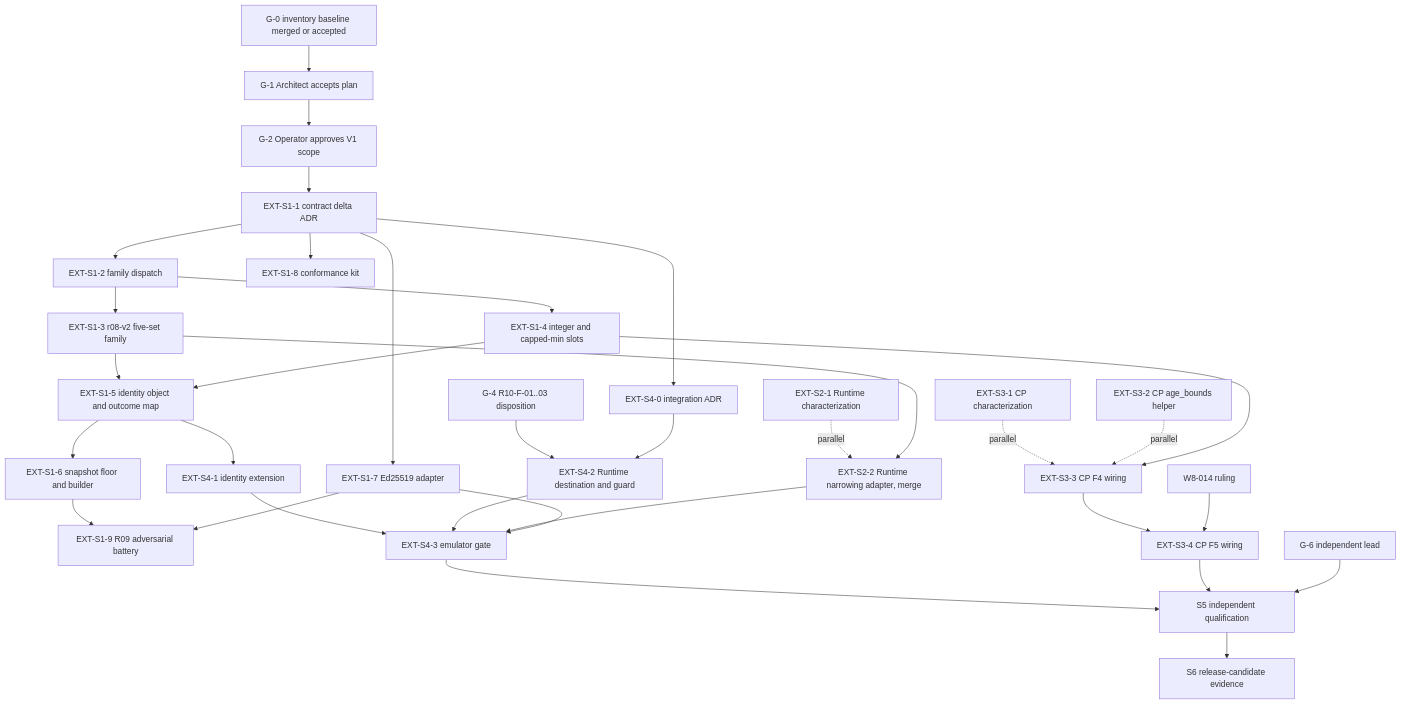
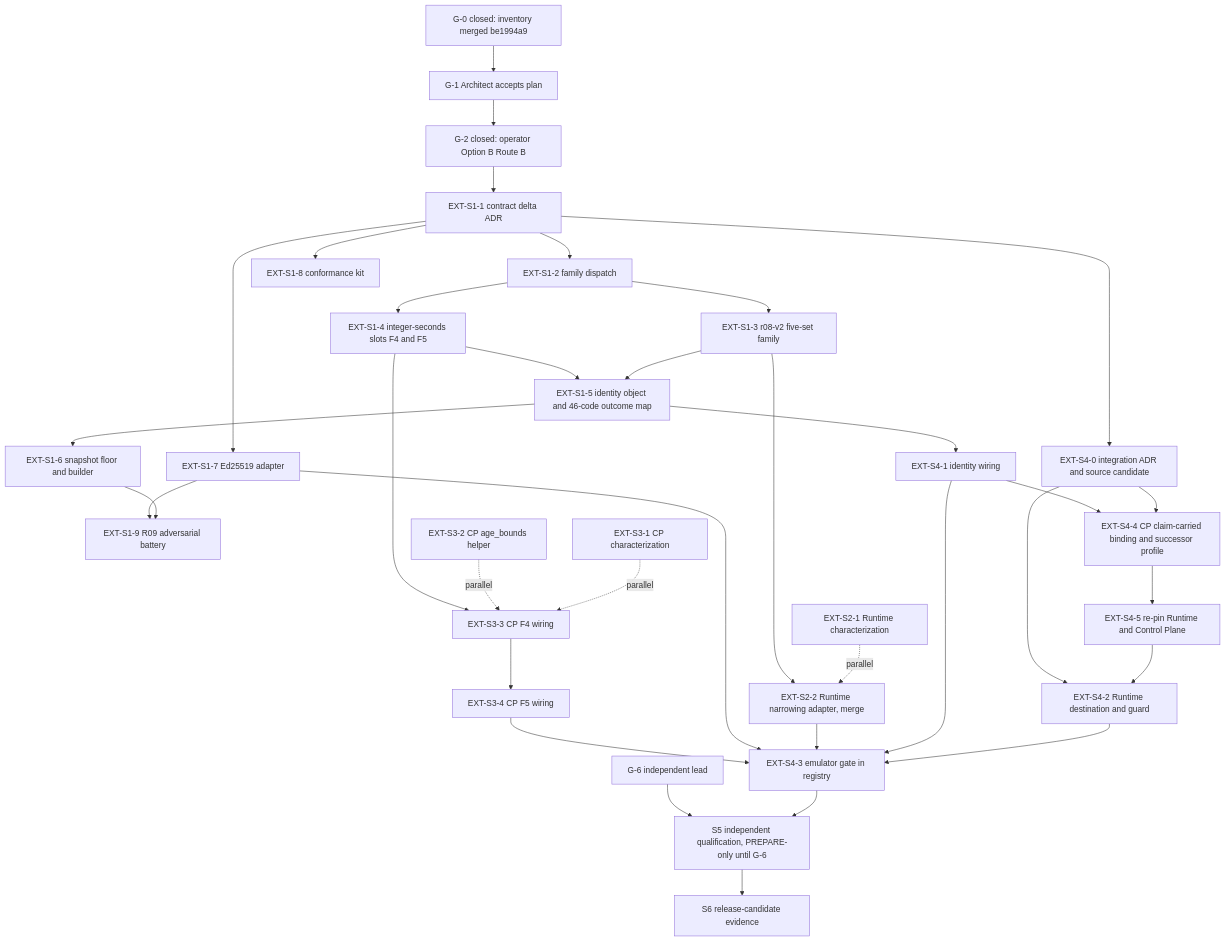
The diagram in docs/p1-extraction-plan/05-contract-and-integration-dependency-graph.md (cogno-us/cognous-ocs-registry), drawn with Mermaid before and after one commit. The commit also changed other lines of this file and 11 other files, not shown here.

First line of the commit message:
docs(p1): finalize execution plan on merged inventory and approved eight-field Route B scope

````diff
--- a/docs/p1-extraction-plan/05-contract-and-integration-dependency-graph.md
+++ b/docs/p1-extraction-plan/05-contract-and-integration-dependency-graph.md
@@ -7,35 +7,37 @@
 ```mermaid
 flowchart TD
-  G0[G-0 inventory baseline merged or accepted] --> G1[G-1 Architect accepts plan]
-  G1 --> G2[G-2 Operator approves V1 scope]
+  G0[G-0 closed: inventory merged be1994a9] --> G1[G-1 Architect accepts plan]
+  G1 --> G2[G-2 closed: operator Option B Route B]
   G2 --> S11[EXT-S1-1 contract delta ADR]
   S11 --> S12[EXT-S1-2 family dispatch]
   S12 --> S13[EXT-S1-3 r08-v2 five-set family]
-  S12 --> S14[EXT-S1-4 integer and capped-min slots]
-  S13 --> S15[EXT-S1-5 identity object and outcome map]
+  S12 --> S14[EXT-S1-4 integer-seconds slots F4 and F5]
+  S13 --> S15[EXT-S1-5 identity object and 46-code outcome map]
   S14 --> S15
   S15 --> S16[EXT-S1-6 snapshot floor and builder]
   S11 --> S17[EXT-S1-7 Ed25519 adapter]
   S11 --> S18[EXT-S1-8 conformance kit]
   S16 --> S19[EXT-S1-9 R09 adversarial battery]
   S17 --> S19
   S2a[EXT-S2-1 Runtime characterization] -.parallel.-> S2b
   S13 --> S2b[EXT-S2-2 Runtime narrowing adapter, merge]
   S3a[EXT-S3-1 CP characterization] -.parallel.-> S3c
   S3b[EXT-S3-2 CP age_bounds helper] -.parallel.-> S3c
   S14 --> S3c[EXT-S3-3 CP F4 wiring]
   S3c --> S3d[EXT-S3-4 CP F5 wiring]
-  W8[W8-014 ruling] --> S3d
-  S11 --> S40[EXT-S4-0 integration ADR]
-  G4[G-4 R10-F-01..03 disposition] --> S42[EXT-S4-2 Runtime destination and guard]
+  S11 --> S40[EXT-S4-0 integration ADR and source candidate]
+  S15 --> S41[EXT-S4-1 identity wiring]
+  S40 --> S44[EXT-S4-4 CP claim-carried binding and successor profile]
+  S41 --> S44
+  S44 --> S45[EXT-S4-5 re-pin Runtime and Control Plane]
+  S45 --> S42[EXT-S4-2 Runtime destination and guard]
   S40 --> S42
-  S15 --> S41[EXT-S4-1 identity extension]
-  S41 --> S43[EXT-S4-3 emulator gate]
-  S42 --> S43
+  S42 --> S43[EXT-S4-3 emulator gate in registry]
+  S41 --> S43
   S2b --> S43
   S17 --> S43
-  S43 --> S5[S5 independent qualification]
-  S3d --> S5
+  S3d --> S43
+  S43 --> S5[S5 independent qualification, PREPARE-only until G-6]
   G6[G-6 independent lead] --> S5
   S5 --> S6[S6 release-candidate evidence]
 ```
````
